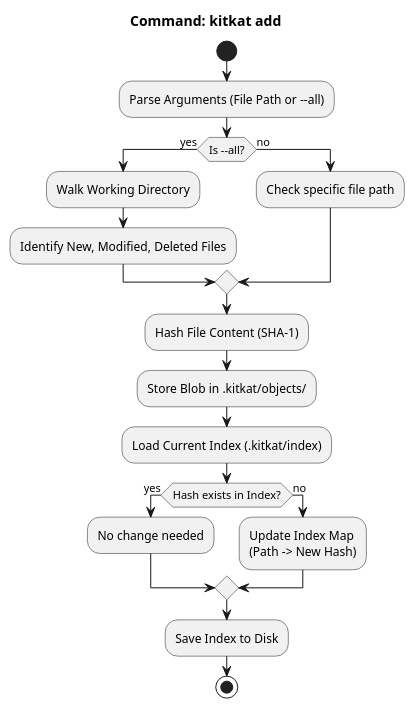
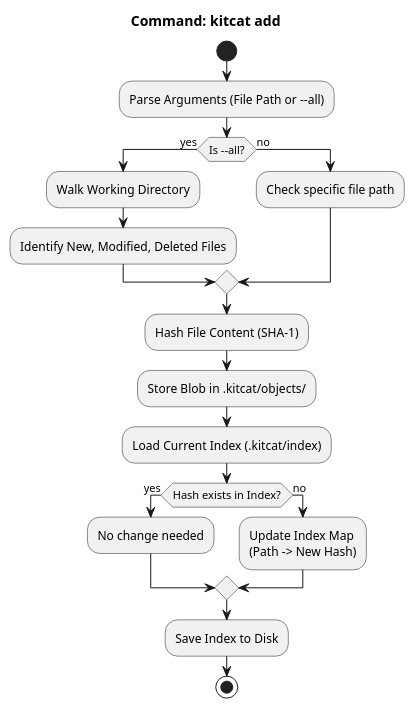
Before and after one commit to LeeFred3042U/kitkat: the second of 3 diagrams in diagram.puml, drawn with PlantUML. The commit also changed other lines of this file and 47 other files, not shown here.

Commit message:
chore: change kitkat to kitcat (#147)

```diff
--- a/diagram.puml
+++ b/diagram.puml
@@ -64,24 +64,24 @@
 @startuml flow-add
-title Command: kitkat add
+title Command: kitcat add
 start
 :Parse Arguments (File Path or --all);
 if (Is --all?) then (yes)
   :Walk Working Directory;
   :Identify New, Modified, Deleted Files;
 else (no)
   :Check specific file path;
 endif
 
 :Hash File Content (SHA-1);
-:Store Blob in .kitkat/objects/;
-:Load Current Index (.kitkat/index);
+:Store Blob in .kitcat/objects/;
+:Load Current Index (.kitcat/index);
 if (Hash exists in Index?) then (yes)
   :No change needed;
 else (no)
   :Update Index Map
   (Path -> New Hash);
 endif
 
 :Save Index to Disk;
 stop
 @enduml
```
